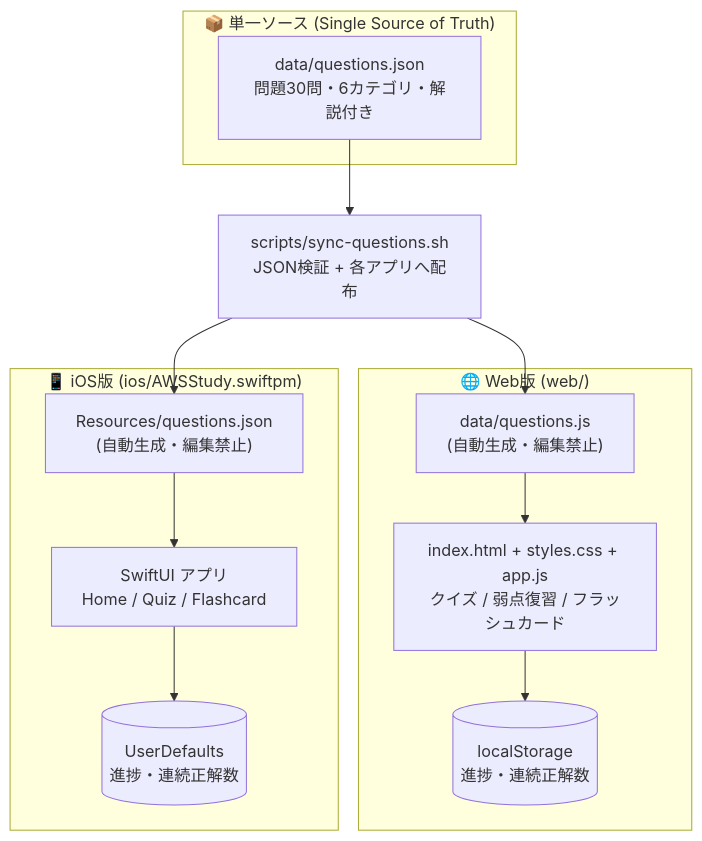
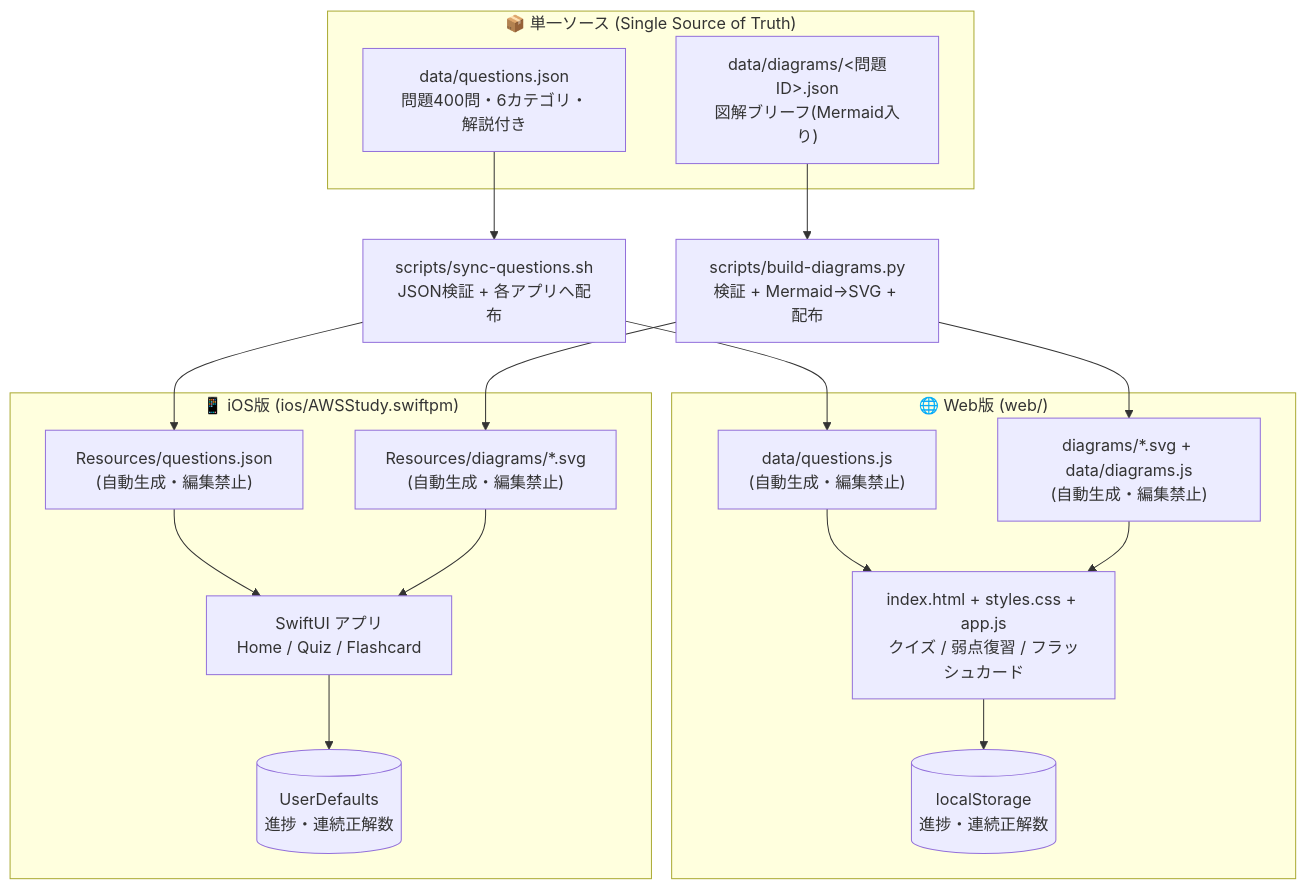
One commit to AmonOhno/awsprint2 changed the first of 2 diagrams in docs/architecture.md. Above: the diagram before and after it, drawn with Mermaid. The commit also changed other lines of this file and 28 other files, not shown here.

First line of the commit message:
問題ごとの図解を導入: zukai-creator スキル + 事前SVG化してアプリに表示

````diff
--- a/docs/architecture.md
+++ b/docs/architecture.md
@@ -10,26 +10,35 @@
 ```mermaid
 flowchart TB
     subgraph SOT["📦 単一ソース (Single Source of Truth)"]
-        Q["data/questions.json<br/>問題30問・6カテゴリ・解説付き"]
+        Q["data/questions.json<br/>問題400問・6カテゴリ・解説付き"]
+        D["data/diagrams/&lt;問題ID&gt;.json<br/>図解ブリーフ(Mermaid入り)"]
     end
 
     SYNC["scripts/sync-questions.sh<br/>JSON検証 + 各アプリへ配布"]
+    BUILD["scripts/build-diagrams.py<br/>検証 + Mermaid→SVG + 配布"]
 
     subgraph WEB["🌐 Web版 (web/)"]
         QJS["data/questions.js<br/>(自動生成・編集禁止)"]
+        SVGW["diagrams/*.svg + data/diagrams.js<br/>(自動生成・編集禁止)"]
         HTML["index.html + styles.css + app.js<br/>クイズ / 弱点復習 / フラッシュカード"]
         LS[("localStorage<br/>進捗・連続正解数")]
         QJS --> HTML --> LS
+        SVGW --> HTML
     end
 
     subgraph IOS["📱 iOS版 (ios/AWSStudy.swiftpm)"]
         QJSON["Resources/questions.json<br/>(自動生成・編集禁止)"]
+        SVGI["Resources/diagrams/*.svg<br/>(自動生成・編集禁止)"]
         SWIFT["SwiftUI アプリ<br/>Home / Quiz / Flashcard"]
         UD[("UserDefaults<br/>進捗・連続正解数")]
         QJSON --> SWIFT --> UD
+        SVGI --> SWIFT
     end
 
     Q --> SYNC
     SYNC --> QJS
     SYNC --> QJSON
+    D --> BUILD
+    BUILD --> SVGW
+    BUILD --> SVGI
 ```
````
